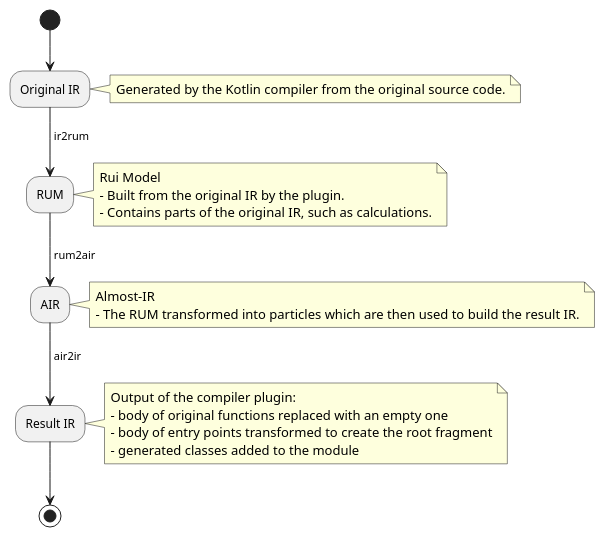
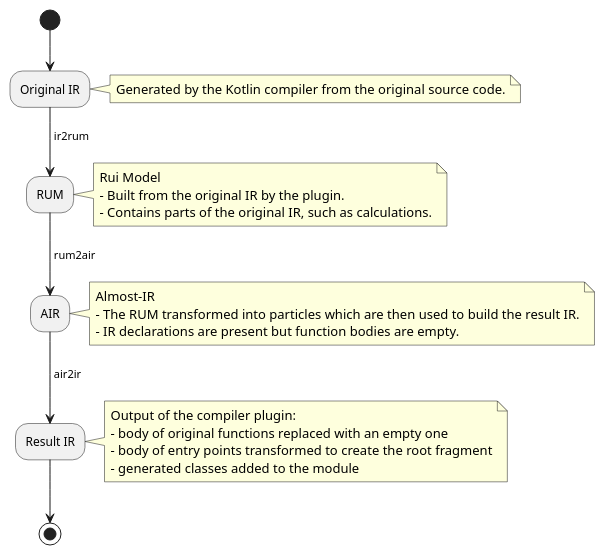
The diagram in doc/internals/Process.puml (spxbhuhb/rui), drawn with PlantUML before and after one commit. The commit also changed 2 other files, not shown here.

```diff
--- a/doc/internals/Process.puml
+++ b/doc/internals/Process.puml
@@ -1,23 +1,24 @@
 @startuml
 (*) --> "Original IR"
 note right: Generated by the Kotlin compiler from the original source code.
 --> [ ir2rum] RUM
 note right
 Rui Model
 - Built from the original IR by the plugin.
 - Contains parts of the original IR, such as calculations.
 end note
 --> [ rum2air]"AIR"
 note right
 Almost-IR
 - The RUM transformed into particles which are then used to build the result IR.
+- IR declarations are present but function bodies are empty.
 end note
 --> [ air2ir]"Result IR"
 note right
 Output of the compiler plugin:
 - body of original functions replaced with an empty one
 - body of entry points transformed to create the root fragment
 - generated classes added to the module
 end note
 --> (*)
 @enduml
```
